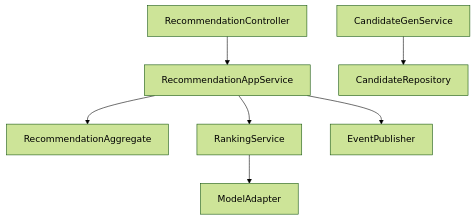
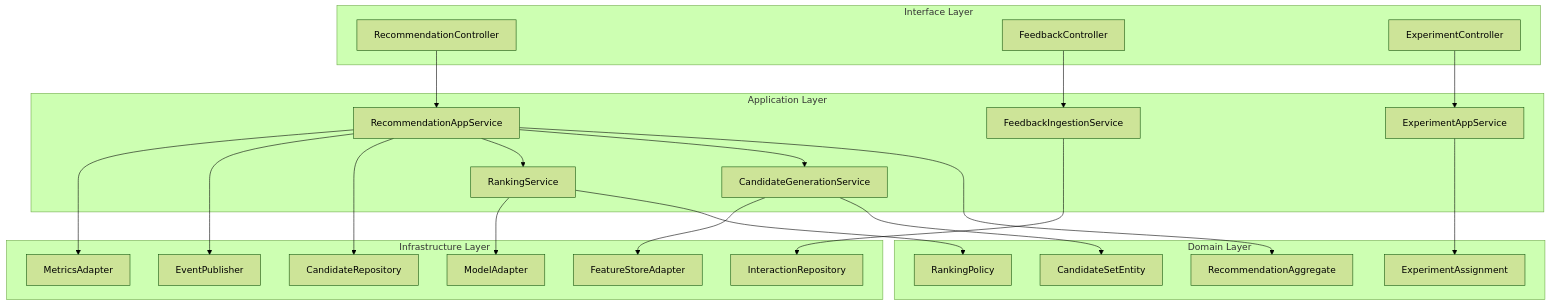
The first of 2 diagrams in Smart Recommendation Engine/implementation/c4-code-diagram.md (0Ankit0/Project-Ideas), drawn with Mermaid (forest theme) before and after one commit. The commit also changed other lines of this file and 2 other files, not shown here.

Commit message:
Expand implementation C4 docs with detailed module explanations

````diff
--- a/Smart Recommendation Engine/implementation/c4-code-diagram.md
+++ b/Smart Recommendation Engine/implementation/c4-code-diagram.md
@@ -3,8 +6,44 @@
 ```mermaid
 flowchart TB
+  subgraph Interface[Interface Layer]
+    RecommendationController
+    FeedbackController
+    ExperimentController
+  end
+
+  subgraph Application[Application Layer]
+    RecommendationAppService
+    CandidateGenerationService
+    RankingService
+    FeedbackIngestionService
+    ExperimentAppService
+  end
+
+  subgraph Domain[Domain Layer]
+    RecommendationAggregate
+    CandidateSetEntity
+    RankingPolicy
+    ExperimentAssignment
+  end
+
+  subgraph Infrastructure[Infrastructure Layer]
+    CandidateRepository
+    InteractionRepository
+    ModelAdapter
+    FeatureStoreAdapter
+    EventPublisher
+    MetricsAdapter
+  end
+
   RecommendationController --> RecommendationAppService --> RecommendationAggregate
-  CandidateGenService --> CandidateRepository
+  FeedbackController --> FeedbackIngestionService --> InteractionRepository
+  ExperimentController --> ExperimentAppService --> ExperimentAssignment
+
+  RecommendationAppService --> CandidateGenerationService --> CandidateSetEntity
+  RecommendationAppService --> RankingService --> RankingPolicy
   RankingService --> ModelAdapter
-  RecommendationAppService --> RankingService
+  CandidateGenerationService --> FeatureStoreAdapter
+  RecommendationAppService --> CandidateRepository
   RecommendationAppService --> EventPublisher
+  RecommendationAppService --> MetricsAdapter
 ```
````
